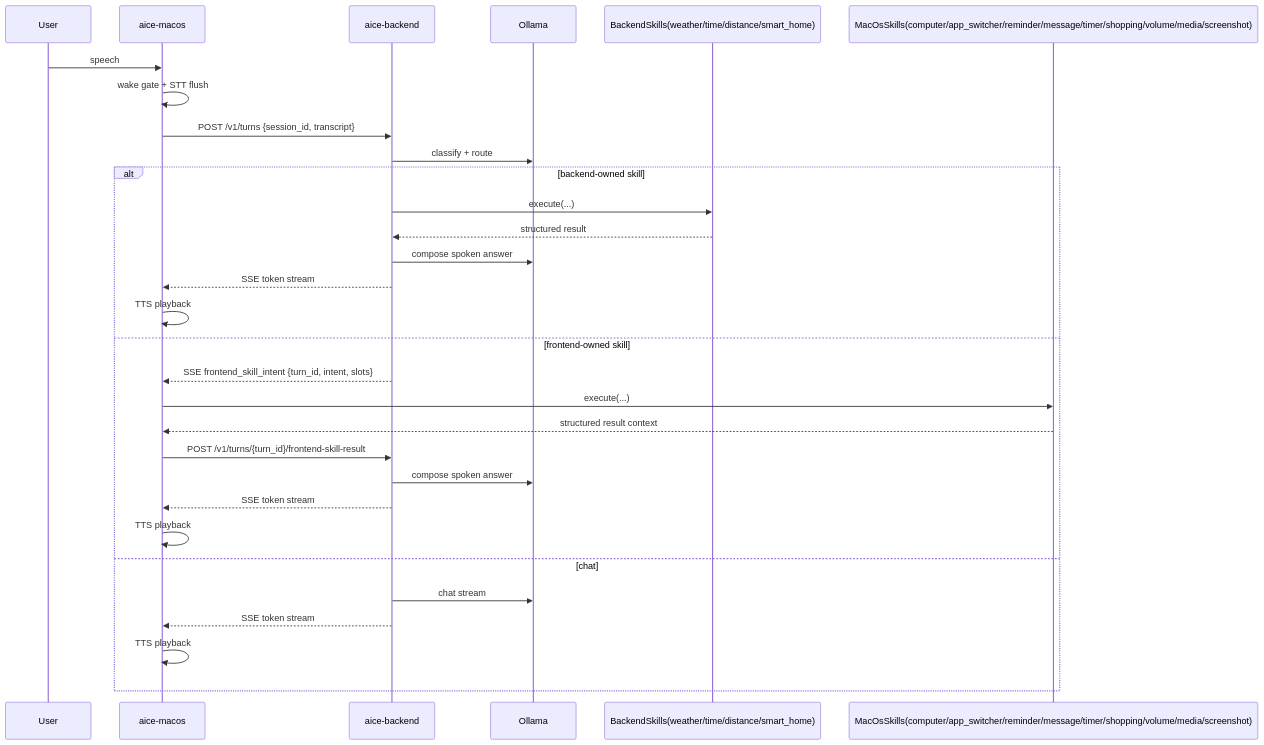
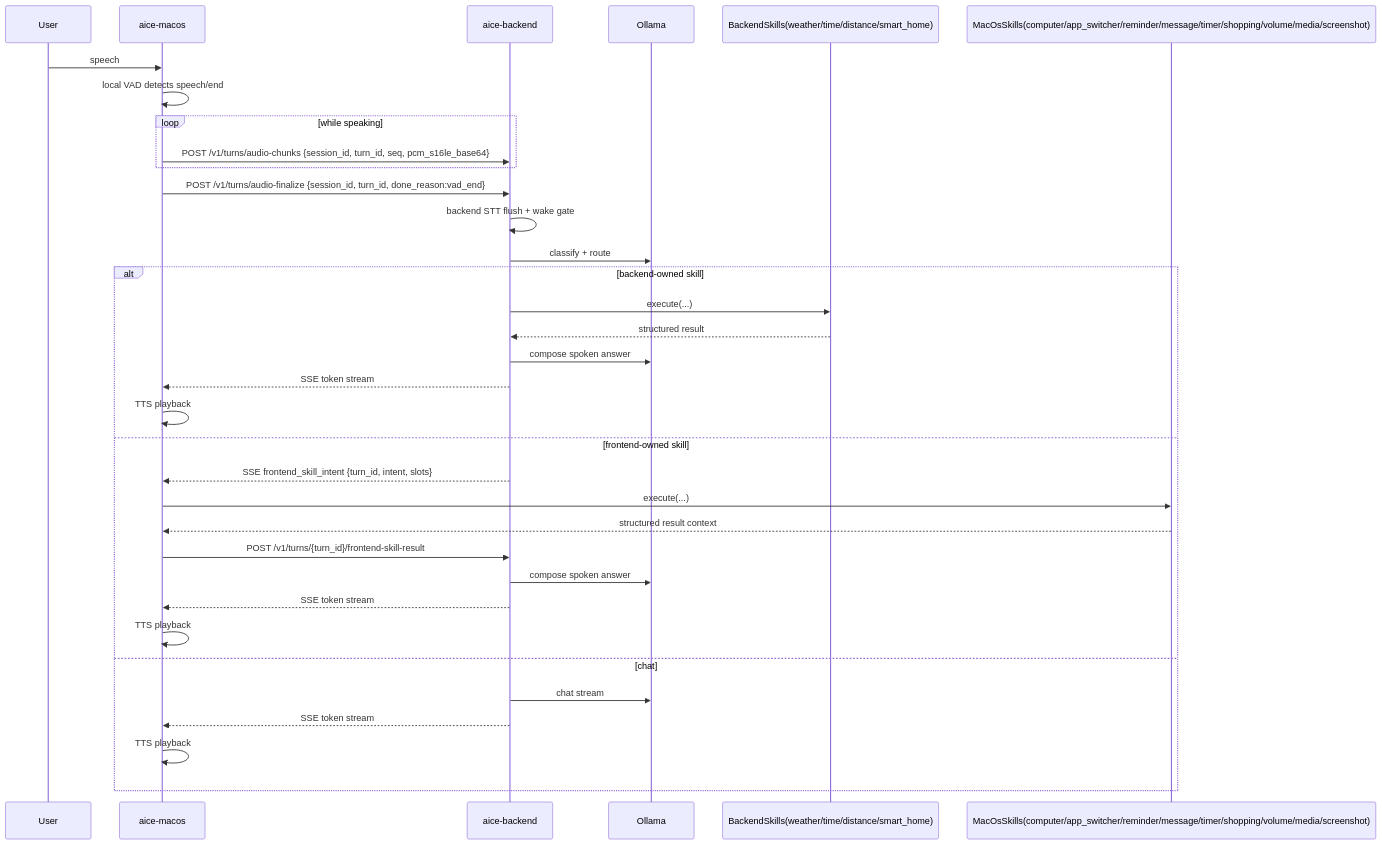
Before and after one commit to AncientiCe/aice: the ninth of 16 diagrams in docs/architecture/README.md, drawn with Mermaid. The commit also changed other lines of this file and 9 other files, not shown here.

Commit message:
Move STT back to backend core as we want to simplify the frontends

````diff
--- a/docs/architecture/README.md
+++ b/docs/architecture/README.md
@@ -255,33 +255,37 @@
 ```mermaid
 sequenceDiagram
     participant User
     participant Mac as aice-macos
     participant Core as aice-backend
     participant LLM as Ollama
     participant SkillB as BackendSkills(weather/time/distance/smart_home)
     participant SkillM as MacOsSkills(computer/app_switcher/reminder/message/timer/shopping/volume/media/screenshot)
 
     User->>Mac: speech
-    Mac->>Mac: wake gate + STT flush
-    Mac->>Core: POST /v1/turns {session_id, transcript}
+    Mac->>Mac: local VAD detects speech/end
+    loop while speaking
+        Mac->>Core: POST /v1/turns/audio-chunks {session_id, turn_id, seq, pcm_s16le_base64}
+    end
+    Mac->>Core: POST /v1/turns/audio-finalize {session_id, turn_id, done_reason:vad_end}
+    Core->>Core: backend STT flush + wake gate
     Core->>LLM: classify + route
     alt backend-owned skill
         Core->>SkillB: execute(...)
         SkillB-->>Core: structured result
         Core->>LLM: compose spoken answer
         Core-->>Mac: SSE token stream
         Mac->>Mac: TTS playback
     else frontend-owned skill
         Core-->>Mac: SSE frontend_skill_intent {turn_id, intent, slots}
         Mac->>SkillM: execute(...)
         SkillM-->>Mac: structured result context
         Mac->>Core: POST /v1/turns/{turn_id}/frontend-skill-result
         Core->>LLM: compose spoken answer
         Core-->>Mac: SSE token stream
         Mac->>Mac: TTS playback
     else chat
         Core->>LLM: chat stream
         Core-->>Mac: SSE token stream
         Mac->>Mac: TTS playback
     end
 ```
````
